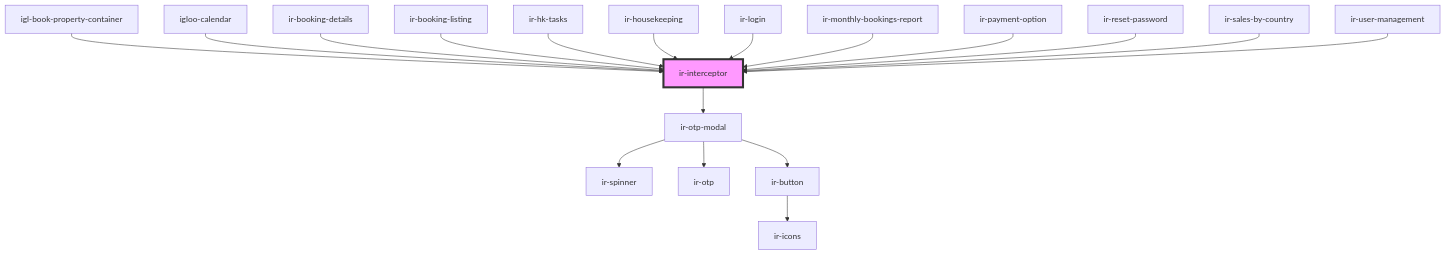
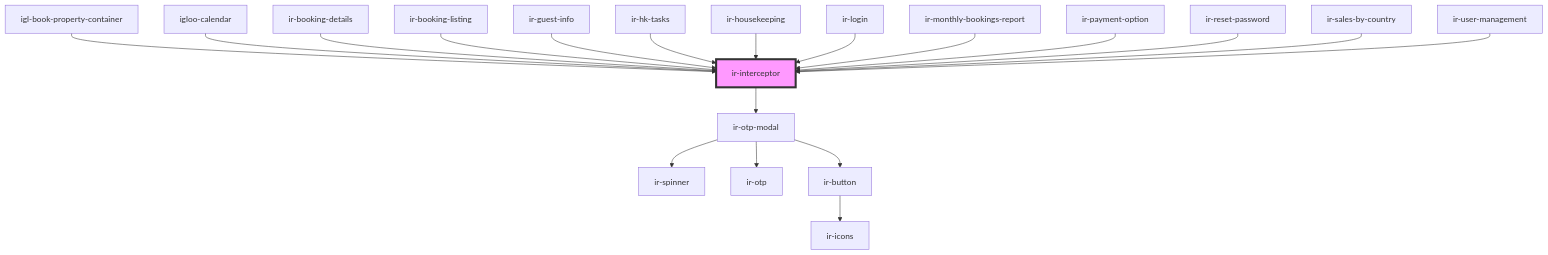
The diagram in src/components/ir-interceptor/readme.md (RonyRizk/ir-webcmp), drawn with Mermaid before and after one commit. The commit also changed other lines of this file and 48 other files, not shown here.

````diff
--- a/src/components/ir-interceptor/readme.md
+++ b/src/components/ir-interceptor/readme.md
@@ -45,21 +46,22 @@
 ```mermaid
 graph TD;
   ir-interceptor --> ir-otp-modal
   ir-otp-modal --> ir-spinner
   ir-otp-modal --> ir-otp
   ir-otp-modal --> ir-button
   ir-button --> ir-icons
   igl-book-property-container --> ir-interceptor
   igloo-calendar --> ir-interceptor
   ir-booking-details --> ir-interceptor
   ir-booking-listing --> ir-interceptor
+  ir-guest-info --> ir-interceptor
   ir-hk-tasks --> ir-interceptor
   ir-housekeeping --> ir-interceptor
   ir-login --> ir-interceptor
   ir-monthly-bookings-report --> ir-interceptor
   ir-payment-option --> ir-interceptor
   ir-reset-password --> ir-interceptor
   ir-sales-by-country --> ir-interceptor
   ir-user-management --> ir-interceptor
   style ir-interceptor fill:#f9f,stroke:#333,stroke-width:4px
 ```
````
